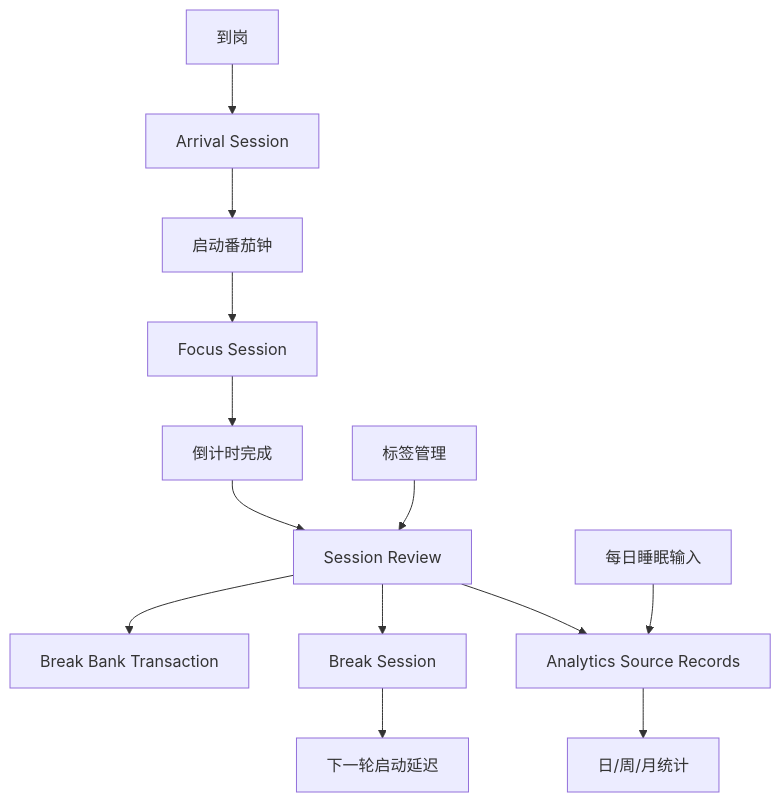
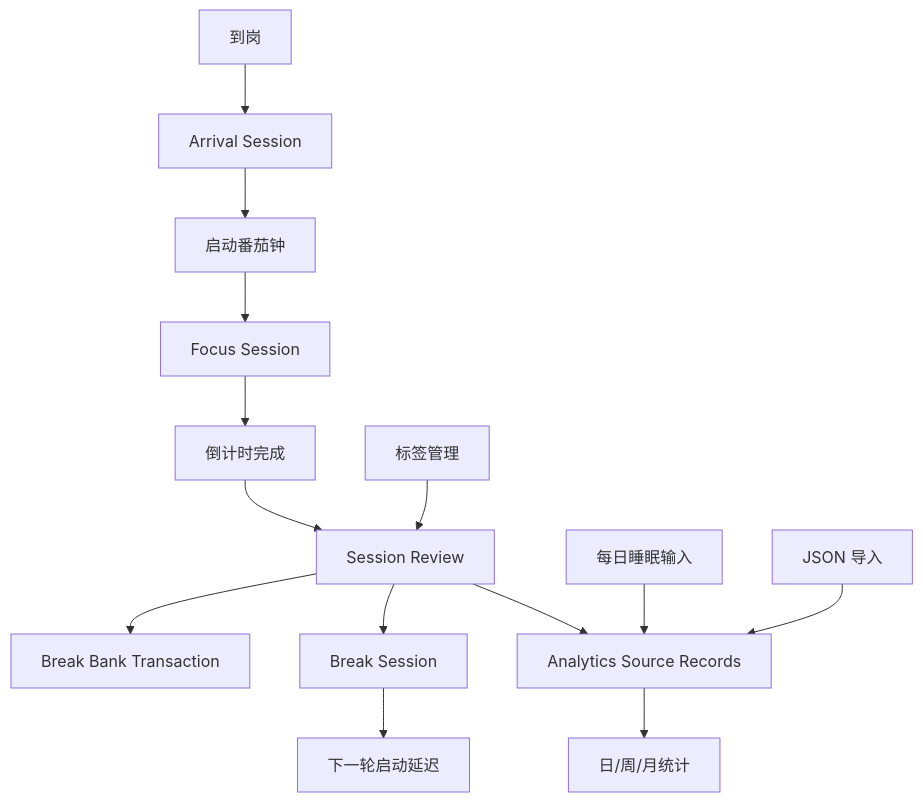
One commit to lapse-code/status-record changed the diagram in docs/module-map.md. Above: the diagram before and after it, drawn with Mermaid. The commit also changed other lines of this file and 17 other files, not shown here.

````diff
--- a/docs/module-map.md
+++ b/docs/module-map.md
@@ -57,15 +57,16 @@
 ```mermaid
 flowchart TD
   A["到岗"] --> B["Arrival Session"]
   B --> C["启动番茄钟"]
   C --> D["Focus Session"]
   D --> E["倒计时完成"]
   E --> F["Session Review"]
   F --> G["Break Bank Transaction"]
   F --> L["Break Session"]
   L --> M["下一轮启动延迟"]
   F --> H["Analytics Source Records"]
   I["每日睡眠输入"] --> H
   J["标签管理"] --> F
+  N["JSON 导入"] --> H
   H --> K["日/周/月统计"]
 ```
````
